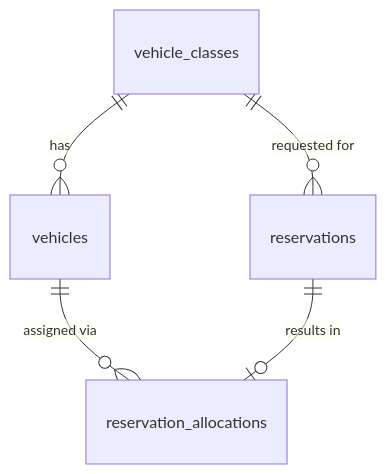
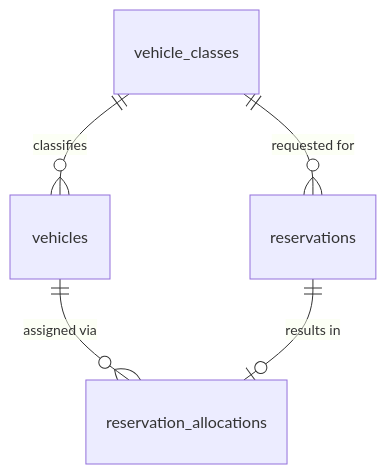
The diagram in docs/trd/database-design-reservation-allocation.md (timpamungkas/ai-sdlc), drawn with Mermaid before and after one commit. The commit also changed other lines of this file and 1 other file, not shown here.

Commit message:
Reference canonical vehicles table from Vehicle Onboarding TRD

````diff
--- a/docs/trd/database-design-reservation-allocation.md
+++ b/docs/trd/database-design-reservation-allocation.md
@@ -11,7 +10,7 @@
 ```mermaid
 erDiagram
-    vehicle_classes ||--o{ vehicles : "has"
+    vehicle_classes ||--o{ vehicles : "classifies"
     vehicle_classes ||--o{ reservations : "requested for"
     vehicles ||--o{ reservation_allocations : "assigned via"
     reservations ||--o| reservation_allocations : "results in"
 ```
````
